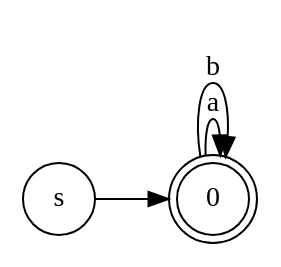
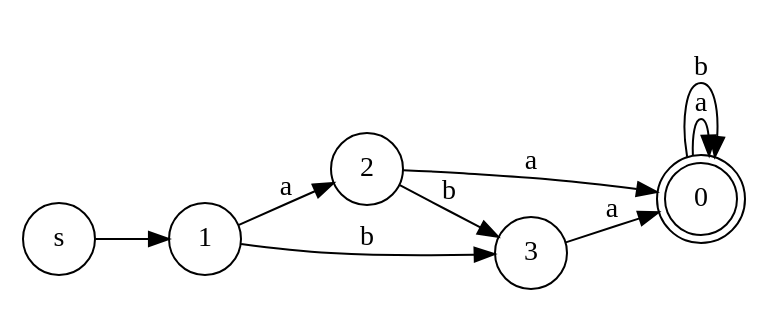
One commit to triumphaldance/Compilation-Principle changed the diagram in lexical_analysis/rex_to_mindfa/dot/mindfa.dot. Above: the diagram before and after it, drawn with Graphviz. The commit also changed 46 other files, not shown here.

```diff
--- a/lexical_analysis/rex_to_mindfa/dot/mindfa.dot
+++ b/lexical_analysis/rex_to_mindfa/dot/mindfa.dot
@@ -1,9 +1,16 @@
 digraph MinDFA {
 	rankdir=LR;
 	node [shape=circle];
-	s -> 0
 	0 -> <0> [label="a"];
 	0 [shape=doublecircle];
 	0 -> <0> [label="b"];
 	0 [shape=doublecircle];
+	s -> 1
+	1 -> 2 [label="a"];
+	1 -> 3 [label="b"];
+	2 -> <0> [label="a"];
+	0 [shape=doublecircle];
+	2 -> 3 [label="b"];
+	3 -> <0> [label="a"];
+	0 [shape=doublecircle];
 }
```
